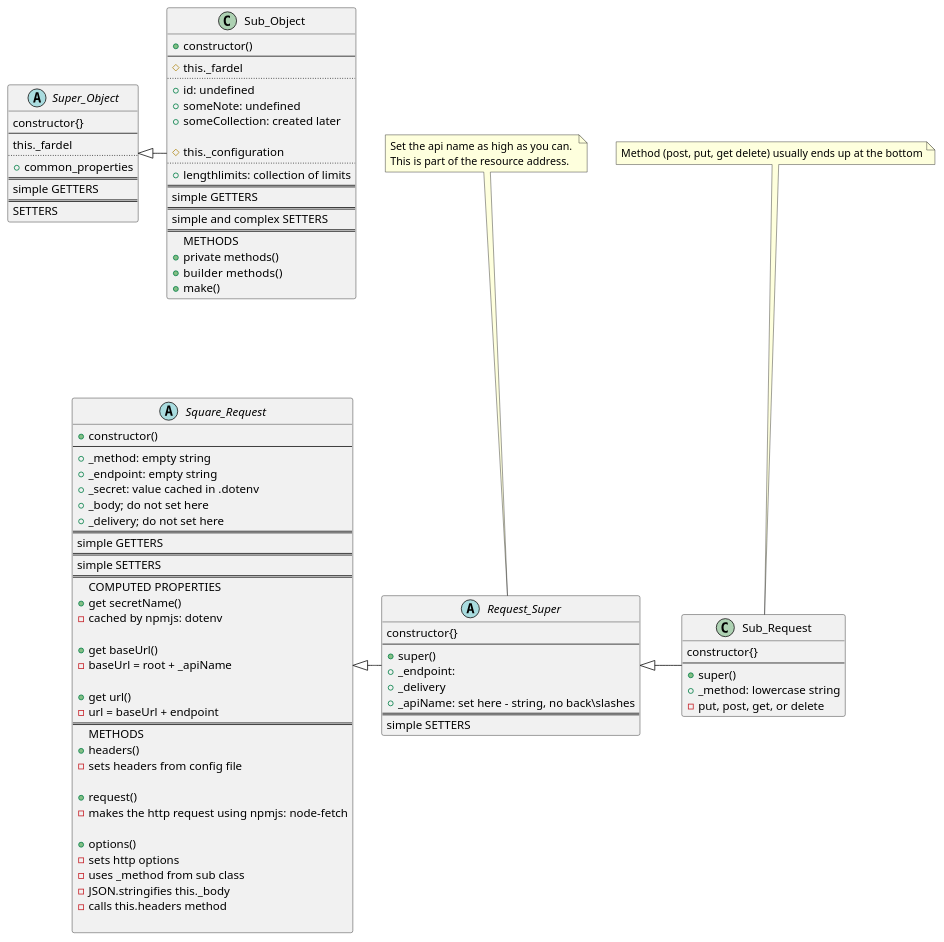
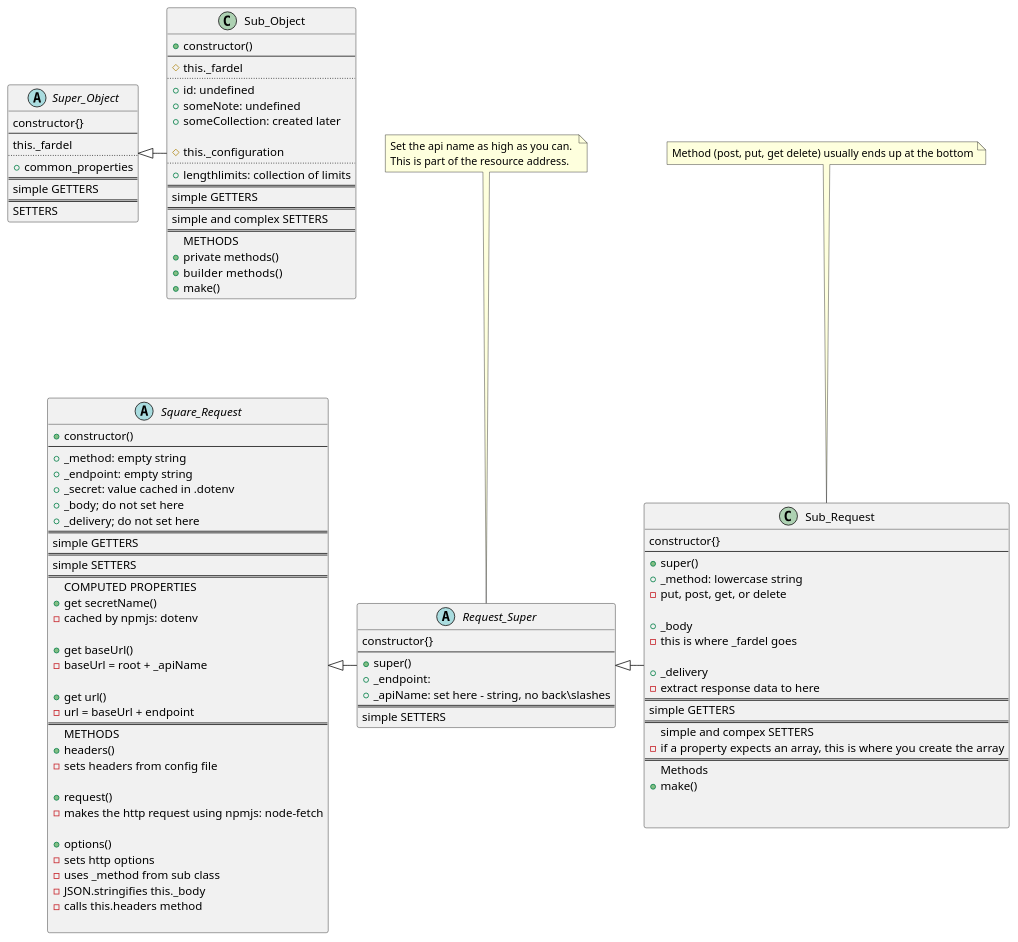
Before and after one commit to TwoFistedJustice/square-pie: the diagram in docs/uml/class_structure_object.puml, drawn with PlantUML.

Commit message:
docs: add detail to request class diagram

```diff
--- a/docs/uml/class_structure_object.puml
+++ b/docs/uml/class_structure_object.puml
@@ -1,108 +1,123 @@
 @startuml
 'https://plantuml.com/class-diagram'
 
 Super_Object <|- Sub_Object
 
 Request_Super <|-  Sub_Request
 Square_Request <|-  Request_Super
 
 note "Set the api name as high as you can. \nThis is part of the resource address." as N_api
 N_api... Request_Super
 
 note "Method (post, put, get delete) usually ends up at the bottom" as N_method
 N_method... Sub_Request
 
 abstract class Super_Object {
 constructor{}
 --
 this._fardel
 ..
 +common_properties
 ==
 simple GETTERS
 ==
 SETTERS
 }
 class Sub_Object {
 + constructor()
 --
 # this._fardel
 ..
 +id: undefined
 +someNote: undefined
 +someCollection: created later
 
 # this._configuration
 ..
 +lengthlimits: collection of limits
 ==
 simple GETTERS
 ==
 simple and complex SETTERS
 ==
 METHODS
 + private methods()
 + builder  methods()
 + make()
 }
 
 
 abstract class Square_Request {
 + constructor()
 --
 + _method: empty string
 + _endpoint: empty string
 + _secret: value cached in .dotenv
 + _body; do not set here
 + _delivery; do not set here
 ==
 simple GETTERS
 ==
 simple SETTERS
 ==
 COMPUTED PROPERTIES
 + get secretName()
 - cached by npmjs: dotenv
 
 + get baseUrl()
 -  baseUrl = root + _apiName
 
 + get url()
 - url = baseUrl + endpoint
 ==
 METHODS
 + headers()
 - sets headers from config file
 
 + request()
 - makes the http request using npmjs: node-fetch
 
 + options()
 - sets http options
 - uses _method from sub class
 - JSON.stringifies this._body
 - calls this.headers method
 
 }
 abstract class Request_Super {
 constructor{}
 --
 + super()
 + _endpoint:
-+ _delivery
 + _apiName: set here - string, no back\slashes
 ==
 simple SETTERS
 }
 class Sub_Request{
 constructor{}
 --
 + super()
 + _method: lowercase string
  - put, post, get, or delete
+
++_body
+- this is where _fardel goes
+
+ + _delivery
+ - extract response data to here
+==
+simple GETTERS
+==
+simple and compex SETTERS
+- if a property expects an array, this is where you create the array
+==
+Methods
++make()
+
+
 }
 
 
 
 
 @enduml
```
